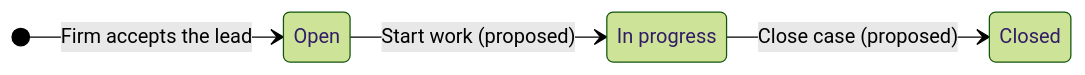
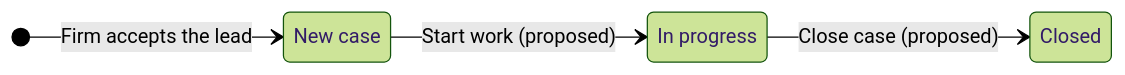
One commit to sxnnywu/grand-charter changed the second of 2 diagrams in docs/workflow-rules.md. Above: the diagram before and after it, drawn with Mermaid (forest theme). The commit also changed other lines of this file and 32 other files, not shown here.

````diff
--- a/docs/workflow-rules.md
+++ b/docs/workflow-rules.md
@@ -49,9 +49,10 @@
 ```mermaid
 stateDiagram-v2
     direction LR
     state "In progress" as InProgress
 
-    [*] --> Open: Firm accepts the lead
-    Open --> InProgress: Start work (proposed)
+    state "New case" as NewCase
+    [*] --> NewCase: Firm accepts the lead
+    NewCase --> InProgress: Start work (proposed)
     InProgress --> Closed: Close case (proposed)
 ```
````
